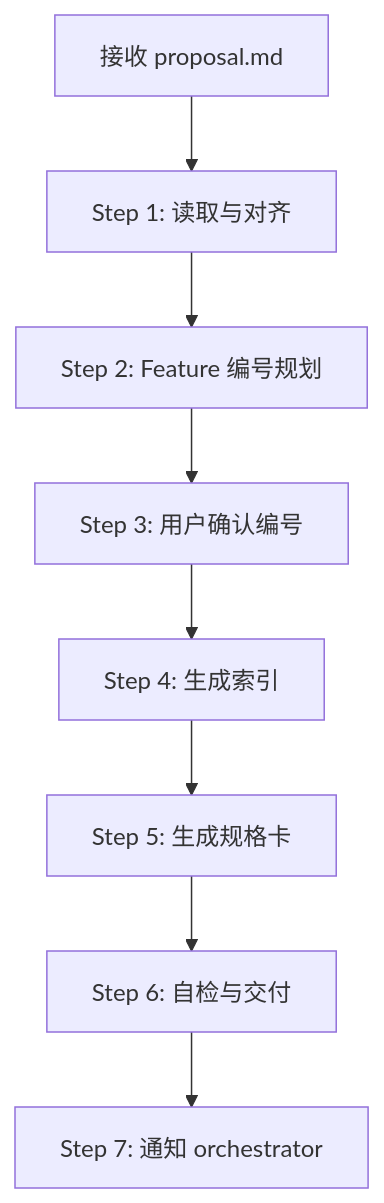
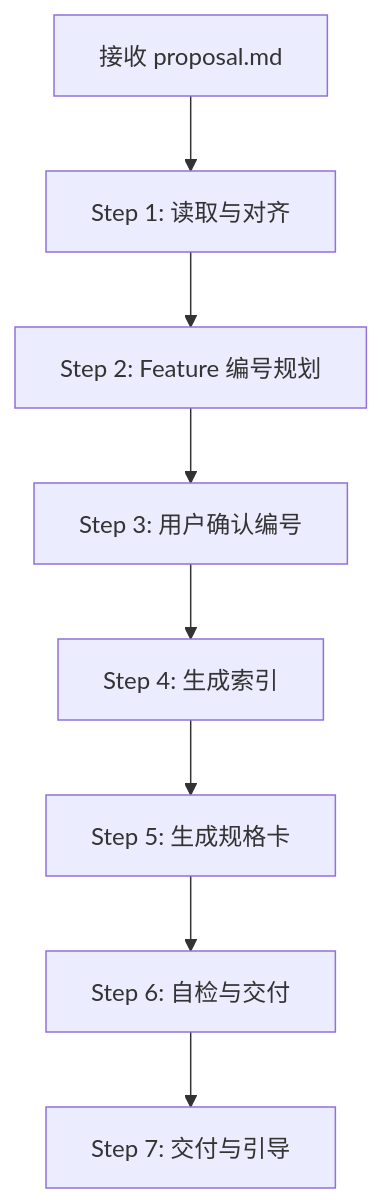
One commit to chenchiyuan/powerby-skills changed the first of 2 diagrams in skills/pb-v1-drafting/SKILL.md. Above: the diagram before and after it, drawn with Mermaid. The commit also changed other lines of this file and 46 other files, not shown here.

````diff
--- a/skills/pb-v1-drafting/SKILL.md
+++ b/skills/pb-v1-drafting/SKILL.md
@@ -247,10 +262,10 @@
 ```mermaid
 graph TD
     Start[接收 proposal.md] --> Read[Step 1: 读取与对齐]
     Read --> Plan[Step 2: Feature 编号规划]
     Plan --> Confirm[Step 3: 用户确认编号]
     Confirm --> Index[Step 4: 生成索引]
     Index --> Cards[Step 5: 生成规格卡]
     Cards --> Check[Step 6: 自检与交付]
-    Check --> Notify[Step 7: 通知 orchestrator]
+    Check --> Deliver[Step 7: 交付与引导]
 ```
````
